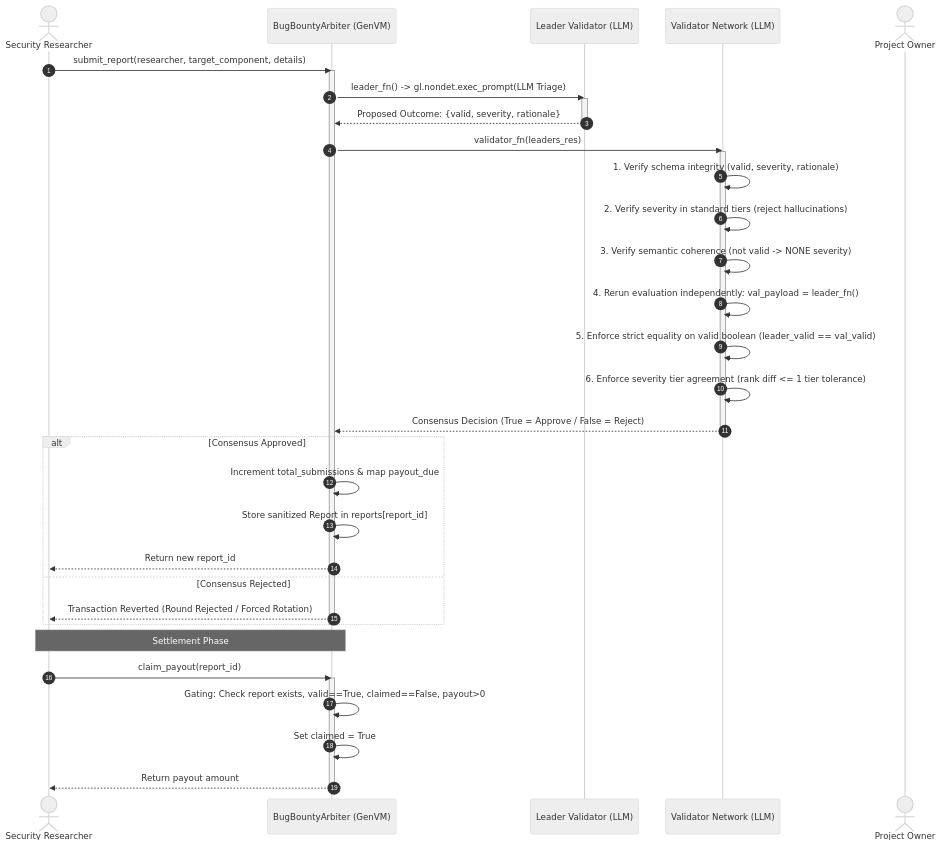
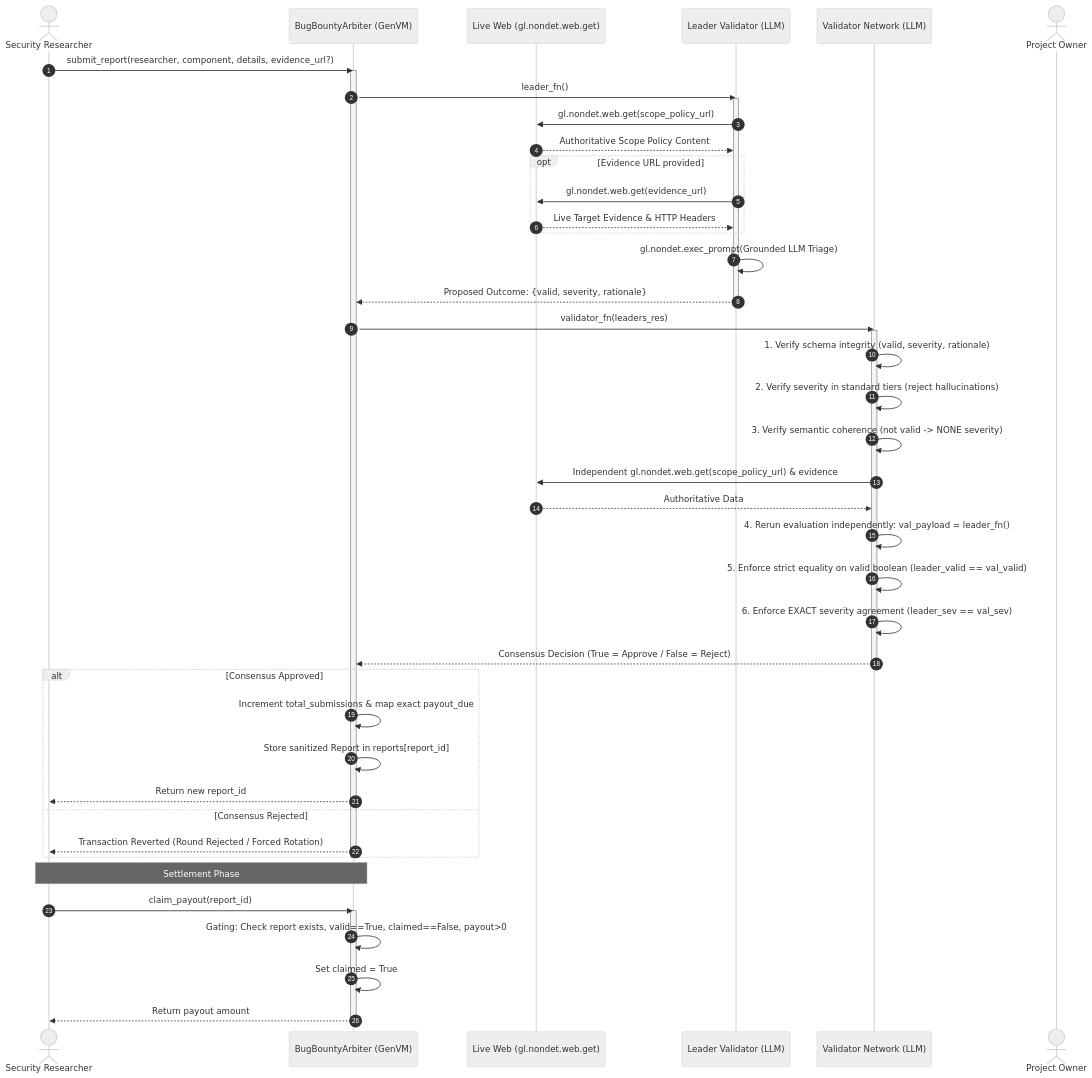
The diagram in README.md (JimmyOgb/bug-bounty-arbiter), drawn with Mermaid (neutral theme) before and after one commit. The commit also changed other lines of this file and 2 other files, not shown here.

Commit message:
fix: bind exact severity consensus and implement live scope policy web fetching

````diff
--- a/README.md
+++ b/README.md
@@ -102,44 +106,54 @@
 ```mermaid
 sequenceDiagram
     autonumber
     actor Researcher as Security Researcher
     participant Contract as BugBountyArbiter (GenVM)
+    participant Web as Live Web (gl.nondet.web.get)
     participant Leader as Leader Validator (LLM)
     participant Validators as Validator Network (LLM)
     actor Owner as Project Owner
 
-    Researcher->>Contract: submit_report(researcher, target_component, details)
+    Researcher->>Contract: submit_report(researcher, component, details, evidence_url?)
     activate Contract
-    Contract->>Leader: leader_fn() -> gl.nondet.exec_prompt(LLM Triage)
+    Contract->>Leader: leader_fn()
     activate Leader
+    Leader->>Web: gl.nondet.web.get(scope_policy_url)
+    Web-->>Leader: Authoritative Scope Policy Content
+    opt Evidence URL provided
+        Leader->>Web: gl.nondet.web.get(evidence_url)
+        Web-->>Leader: Live Target Evidence & HTTP Headers
+    end
+    Leader->>Leader: gl.nondet.exec_prompt(Grounded LLM Triage)
     Leader-->>Contract: Proposed Outcome: {valid, severity, rationale}
     deactivate Leader
 
     Contract->>Validators: validator_fn(leaders_res)
     activate Validators
     Validators->>Validators: 1. Verify schema integrity (valid, severity, rationale)
     Validators->>Validators: 2. Verify severity in standard tiers (reject hallucinations)
     Validators->>Validators: 3. Verify semantic coherence (not valid -> NONE severity)
+    Validators->>Web: Independent gl.nondet.web.get(scope_policy_url) & evidence
+    Web-->>Validators: Authoritative Data
     Validators->>Validators: 4. Rerun evaluation independently: val_payload = leader_fn()
     Validators->>Validators: 5. Enforce strict equality on valid boolean (leader_valid == val_valid)
-    Validators->>Validators: 6. Enforce severity tier agreement (rank diff <= 1 tier tolerance)
+    Validators->>Validators: 6. Enforce EXACT severity agreement (leader_sev == val_sev)
     Validators-->>Contract: Consensus Decision (True = Approve / False = Reject)
     deactivate Validators
 
     alt Consensus Approved
-        Contract->>Contract: Increment total_submissions & map payout_due
+        Contract->>Contract: Increment total_submissions & map exact payout_due
         Contract->>Contract: Store sanitized Report in reports[report_id]
         Contract-->>Researcher: Return new report_id
     else Consensus Rejected
         Contract-->>Researcher: Transaction Reverted (Round Rejected / Forced Rotation)
     end
     deactivate Contract
 
     Note over Researcher,Contract: Settlement Phase
     Researcher->>Contract: claim_payout(report_id)
     activate Contract
     Contract->>Contract: Gating: Check report exists, valid==True, claimed==False, payout>0
     Contract->>Contract: Set claimed = True
     Contract-->>Researcher: Return payout amount
     deactivate Contract
 ```
````
